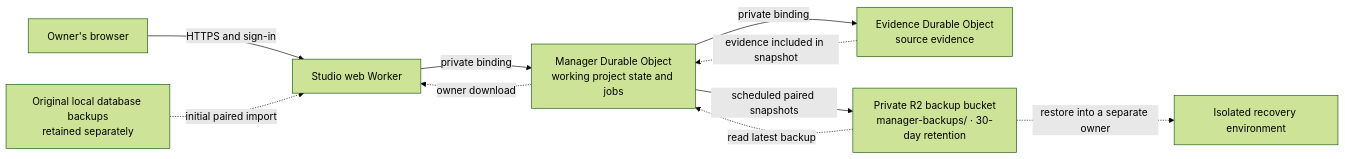
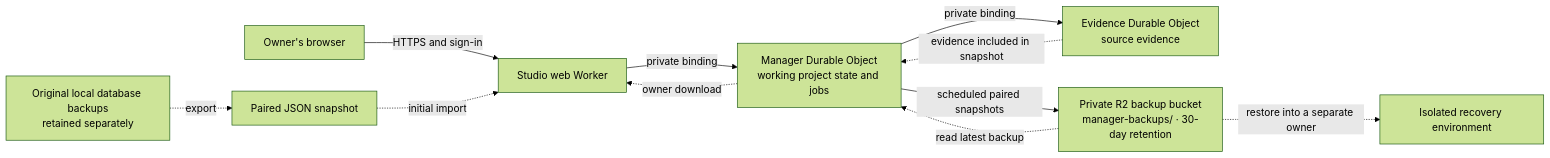
One commit to elisealcala/agents changed the diagram in project-manager/docs/implementation/02-cloudflare-native.md. Above: the diagram before and after it, drawn with Mermaid (forest theme).

Commit message:
Clarify paired snapshot import

````diff
--- a/project-manager/docs/implementation/02-cloudflare-native.md
+++ b/project-manager/docs/implementation/02-cloudflare-native.md
@@ -64,12 +64,13 @@
 ```mermaid
 flowchart LR
     Owner["Owner's browser"] -->|"HTTPS and sign-in"| Studio["Studio web Worker"]
     Studio -->|"private binding"| Manager["Manager Durable Object<br/>working project state and jobs"]
     Manager -->|"private binding"| Evidence["Evidence Durable Object<br/>source evidence"]
     Manager -->|"scheduled paired snapshots"| R2["Private R2 backup bucket<br/>manager-backups/ · 30-day retention"]
     Evidence -.->|"evidence included in snapshot"| Manager
     R2 -.->|"read latest backup"| Manager
     Manager -.->|"owner download"| Studio
     R2 -.->|"restore into a separate owner"| Recovery["Isolated recovery environment"]
-    Local["Original local database backups<br/>retained separately"] -.->|"initial paired import"| Studio
+    Local["Original local database backups<br/>retained separately"] -.->|"export"| Pair["Paired JSON snapshot"]
+    Pair -.->|"initial import"| Studio
 ```
````
